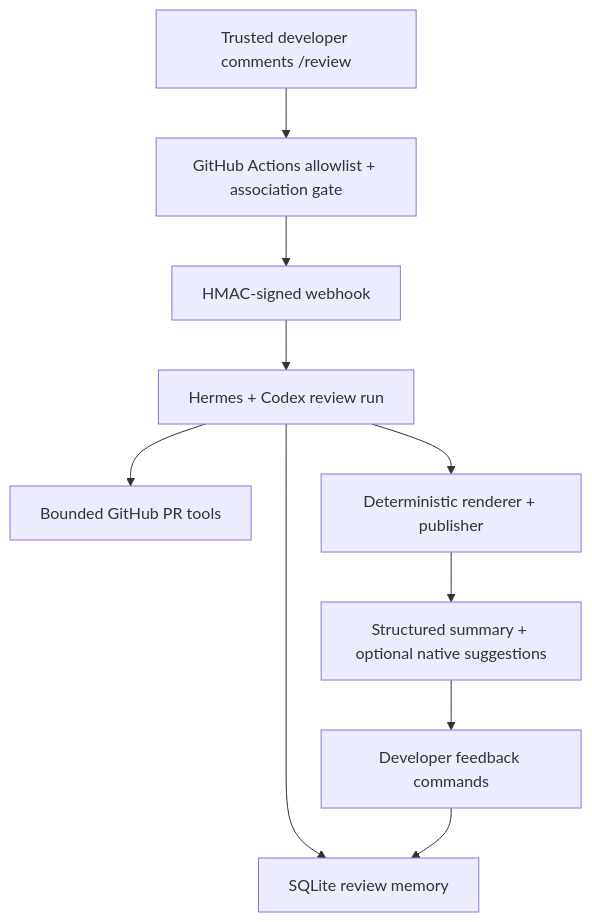
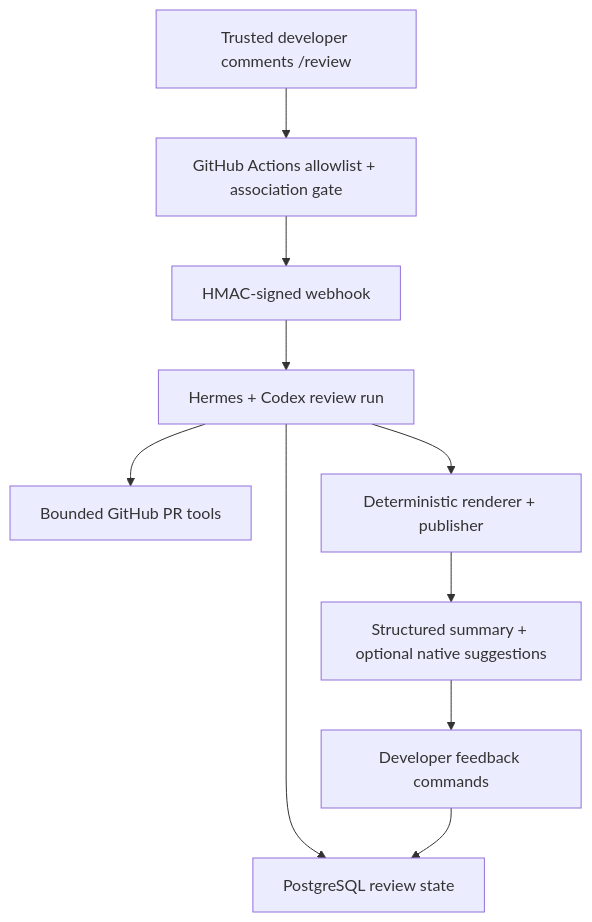
One commit to CCimen/review-agent changed the diagram in README.md. Above: the diagram before and after it, drawn with Mermaid. The commit also changed other lines of this file and 78 other files, not shown here.

First line of the commit message:
refactor(storage): cut review agent over to PostgreSQL

````diff
--- a/README.md
+++ b/README.md
@@ -69,12 +70,12 @@
 ```mermaid
 flowchart TD
     A["Trusted developer comments /review"] --> B["GitHub Actions allowlist + association gate"]
     B --> C["HMAC-signed webhook"]
     C --> D["Hermes + Codex review run"]
     D --> E["Bounded GitHub PR tools"]
-    D --> F["SQLite review memory"]
+    D --> F["PostgreSQL review state"]
     D --> G["Deterministic renderer + publisher"]
     G --> H["Structured summary + optional native suggestions"]
     H --> I["Developer feedback commands"]
     I --> F
 ```
````
